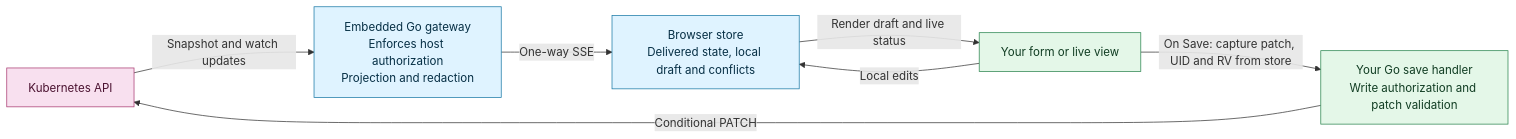
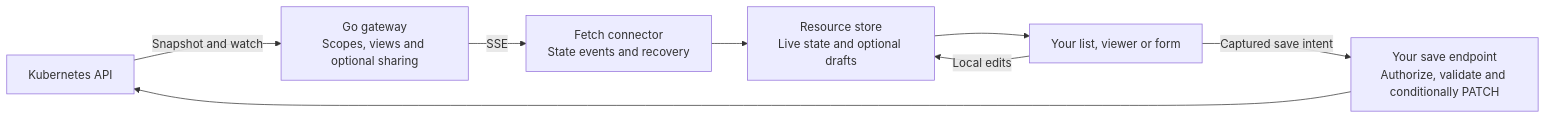
The diagram in README.md (ConfigButler/krm-stream), drawn with Mermaid before and after one commit. The commit also changed other lines of this file and 29 other files, not shown here.

````diff
--- a/README.md
+++ b/README.md
@@ -66,22 +134,16 @@
 ```mermaid
 flowchart LR
   api["Kubernetes API"]
-  gateway["Embedded Go gateway<br/>Enforces host authorization<br/>Projection and redaction"]
-  store["Browser store<br/>Delivered state, local draft and conflicts"]
-  ui["Your form or live view"]
-  save["Your Go save handler<br/>Write authorization and patch validation"]
-
-  api -->|"Snapshot and watch updates"| gateway
-  gateway -->|"One-way SSE"| store
-  store -->|"Render draft and live status"| ui
+  gateway["Go gateway<br/>Scopes, views and optional sharing"]
+  connector["Fetch connector<br/>State events and recovery"]
+  store["Resource store<br/>Live state and optional drafts"]
+  ui["Your list, viewer or form"]
+  save["Your save endpoint<br/>Authorize, validate and conditionally PATCH"]
+  api -->|"Snapshot and watch"| gateway
+  gateway -->|"SSE"| connector
+  connector --> store
+  store --> ui
   ui -->|"Local edits"| store
-  ui -->|"On Save: capture patch, UID and RV from store"| save
-  save -->|"Conditional PATCH"| api
-
-  classDef library fill:#dff3ff,stroke:#1677a4,color:#062f45;
-  classDef application fill:#e4f7e8,stroke:#27834c,color:#113d23;
-  classDef upstream fill:#f8e0ef,stroke:#a83970,color:#4b1230;
-  class gateway,store library;
-  class save,ui application;
-  class api upstream;
+  ui -->|"Captured save intent"| save
+  save --> api
 ```
````
